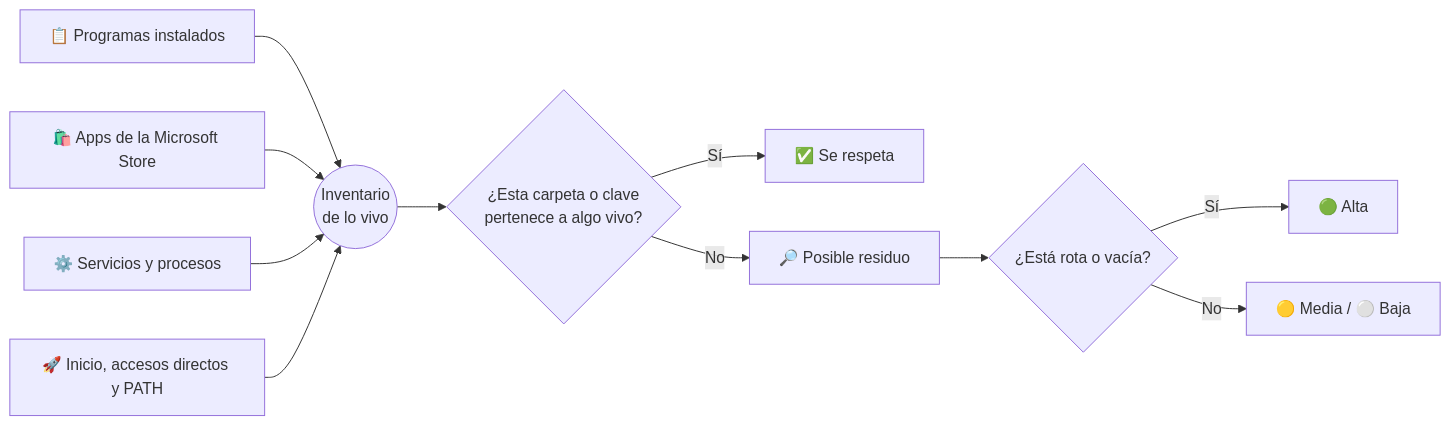
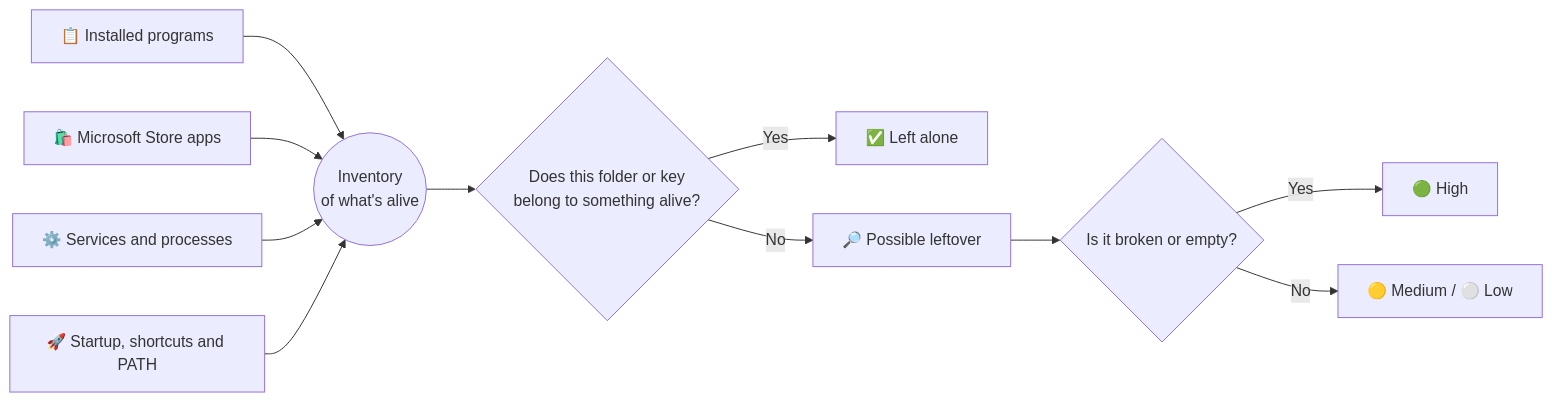
The diagram in README.md (HiddenOnLies/LeftoverSweeper), drawn with Mermaid before and after one commit. The commit also changed other lines of this file and 13 other files, not shown here.

````diff
--- a/README.md
+++ b/README.md
@@ -57,13 +57,13 @@
 ```mermaid
 flowchart LR
-    A[📋 Programas instalados] --> K((Inventario<br>de lo vivo))
-    B[🛍️ Apps de la Microsoft Store] --> K
-    C[⚙️ Servicios y procesos] --> K
-    D[🚀 Inicio, accesos directos y PATH] --> K
-    K --> E{¿Esta carpeta o clave<br>pertenece a algo vivo?}
-    E -- Sí --> F[✅ Se respeta]
-    E -- No --> G[🔎 Posible residuo]
-    G --> H{¿Está rota o vacía?}
-    H -- Sí --> I[🟢 Alta]
-    H -- No --> J[🟡 Media / ⚪ Baja]
+    A[📋 Installed programs] --> K((Inventory<br>of what's alive))
+    B[🛍️ Microsoft Store apps] --> K
+    C[⚙️ Services and processes] --> K
+    D[🚀 Startup, shortcuts and PATH] --> K
+    K --> E{Does this folder or key<br>belong to something alive?}
+    E -- Yes --> F[✅ Left alone]
+    E -- No --> G[🔎 Possible leftover]
+    G --> H{Is it broken or empty?}
+    H -- Yes --> I[🟢 High]
+    H -- No --> J[🟡 Medium / ⚪ Low]
 ```
````
